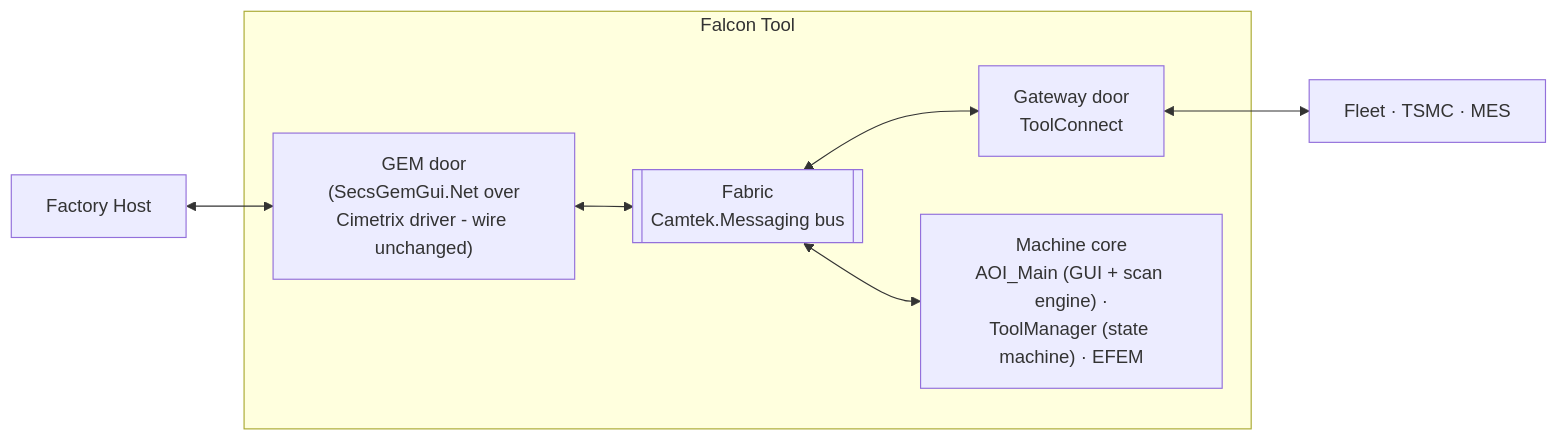
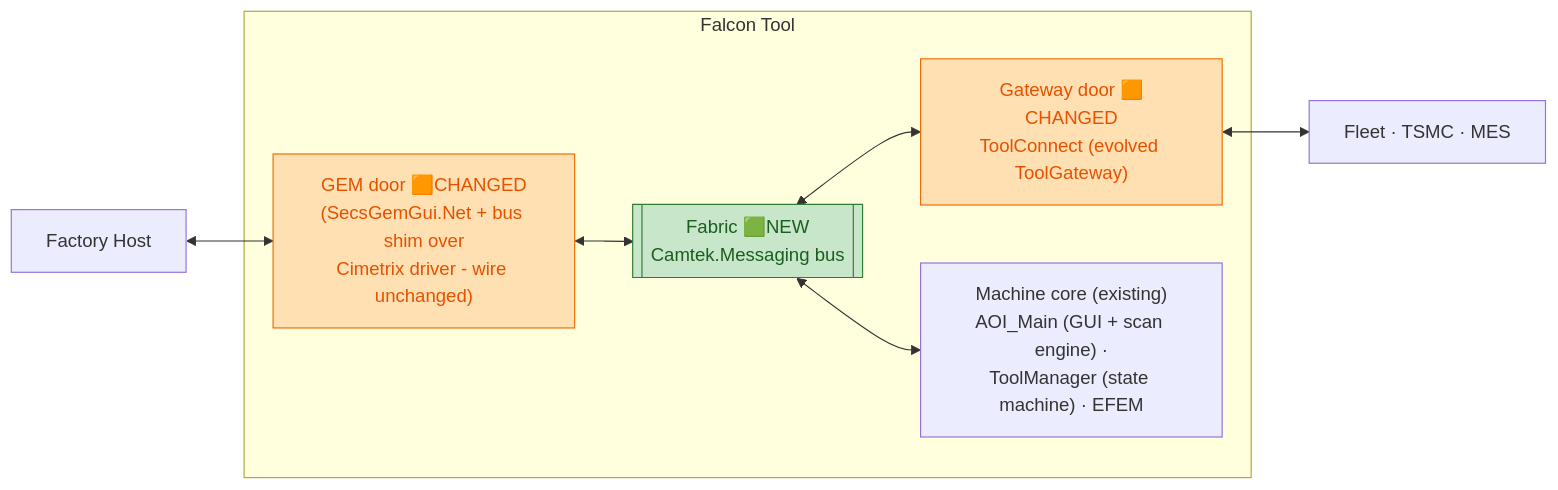
Before and after one commit to amitA-camtek/bus_gateway: the first of 15 diagrams in stage/01-system-architecture.md, drawn with Mermaid. The commit also changed other lines of this file and 11 other files, not shown here.

````diff
--- a/stage/01-system-architecture.md
+++ b/stage/01-system-architecture.md
@@ -15,17 +26,22 @@
 ```mermaid
 flowchart LR
     HOST["Factory Host"]
     subgraph T["Falcon Tool"]
-        GEMD["GEM door\n(SecsGemGui.Net over\nCimetrix driver - wire unchanged)"]
-        FAB[["Fabric\nCamtek.Messaging bus"]]
-        GWD["Gateway door\nToolConnect"]
-        CORE["Machine core\nAOI_Main (GUI + scan engine) ·\nToolManager (state machine) · EFEM"]
+        GEMD["GEM door 🟧CHANGED\n(SecsGemGui.Net + bus shim over\nCimetrix driver - wire unchanged)"]
+        FAB[["Fabric 🟩NEW\nCamtek.Messaging bus"]]
+        GWD["Gateway door 🟧CHANGED\nToolConnect (evolved ToolGateway)"]
+        CORE["Machine core (existing)\nAOI_Main (GUI + scan engine) ·\nToolManager (state machine) · EFEM"]
     end
     CLOUD["Fleet · TSMC · MES"]
 
     HOST <--> GEMD
     GEMD <--> FAB
     FAB <--> CORE
     FAB <--> GWD
     GWD <--> CLOUD
+
+    classDef new fill:#C8E6C9,stroke:#2E7D32,color:#1B5E20;
+    classDef changed fill:#FFE0B2,stroke:#EF6C00,color:#E65100;
+    class FAB new;
+    class GEMD,GWD changed;
 ```
````
